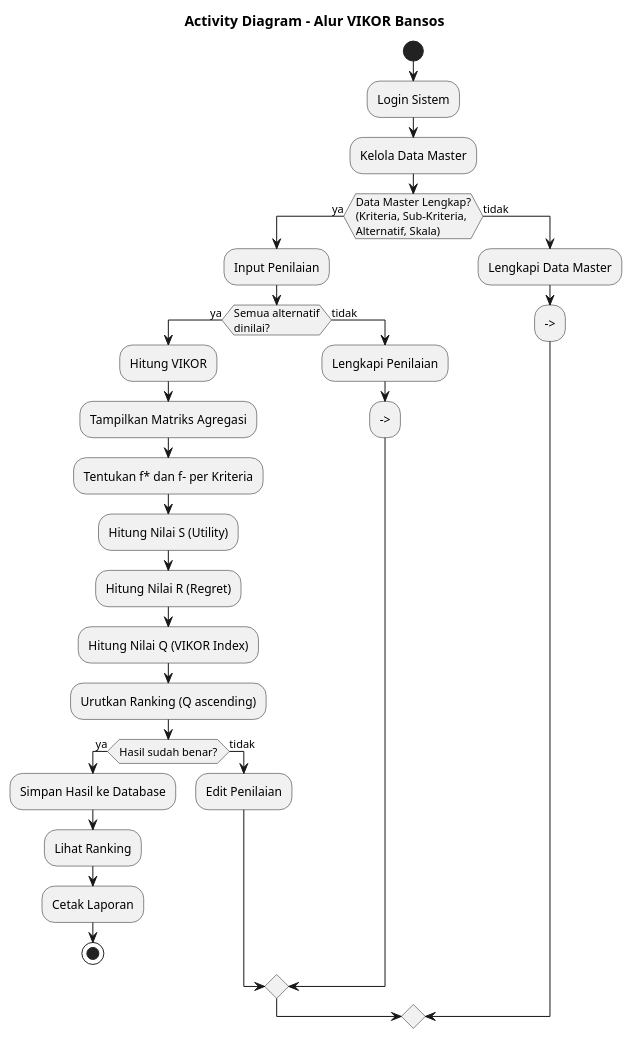
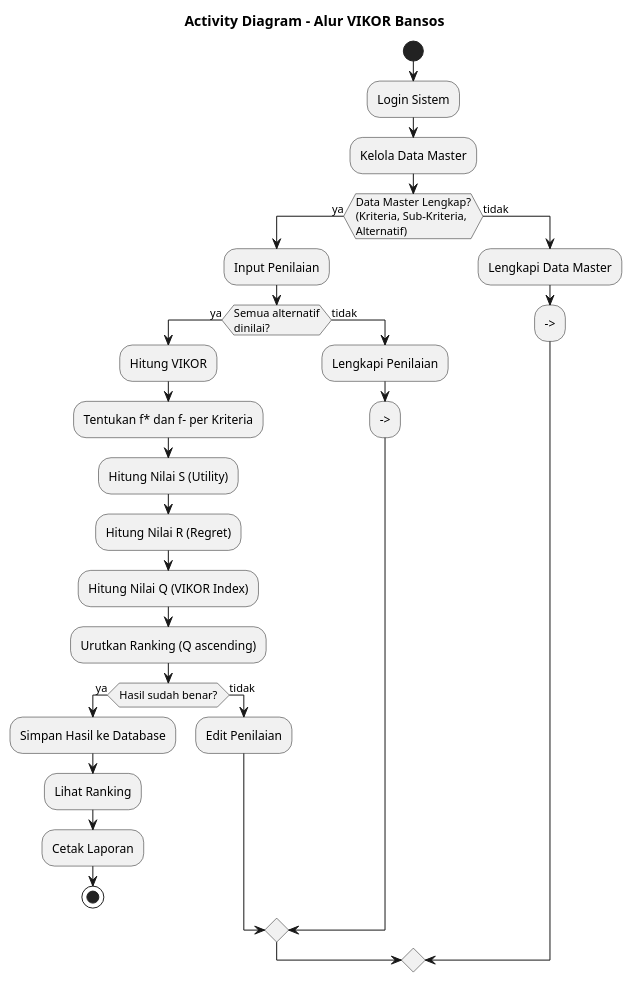
Before and after one commit to jimmywiraarbaa/spk-vikor-bansos: the diagram in docs/uml/activity.puml, drawn with PlantUML. The commit also changed 5 other files, not shown here.

Commit message:
refactor: update UML diagrams to remove references to Skala Penilaian and adjust related logic

```diff
--- a/docs/uml/activity.puml
+++ b/docs/uml/activity.puml
@@ -1,35 +1,34 @@
 @startuml
 title Activity Diagram - Alur VIKOR Bansos
 
 start
 :Login Sistem;
 :Kelola Data Master;
-if (Data Master Lengkap?\n(Kriteria, Sub-Kriteria,\nAlternatif, Skala)) then (ya)
+if (Data Master Lengkap?\n(Kriteria, Sub-Kriteria,\nAlternatif)) then (ya)
   :Input Penilaian;
   if (Semua alternatif\ndinilai?) then (ya)
     :Hitung VIKOR;
-    :Tampilkan Matriks Agregasi;
     :Tentukan f* dan f- per Kriteria;
     :Hitung Nilai S (Utility);
     :Hitung Nilai R (Regret);
     :Hitung Nilai Q (VIKOR Index);
     :Urutkan Ranking (Q ascending);
     if (Hasil sudah benar?) then (ya)
       :Simpan Hasil ke Database;
       :Lihat Ranking;
       :Cetak Laporan;
       stop
     else (tidak)
       :Edit Penilaian;
       ->
 
     endif
   else (tidak)
     :Lengkapi Penilaian;
     -->
   endif
 else (tidak)
   :Lengkapi Data Master;
   -->
 endif
 @enduml
```
